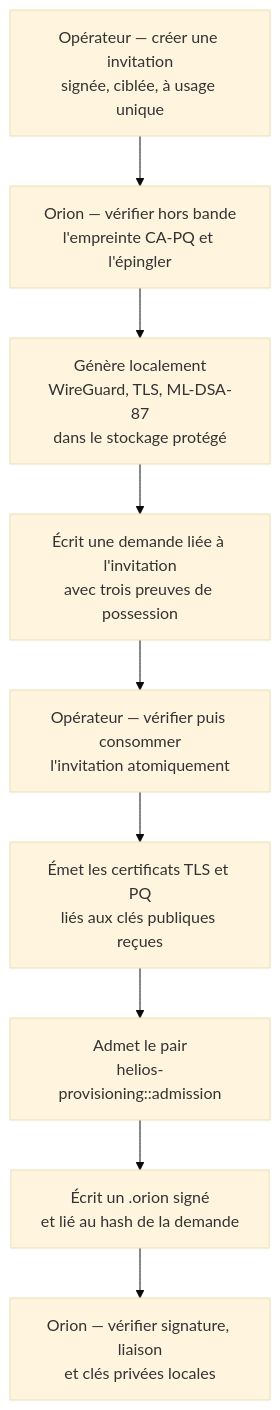
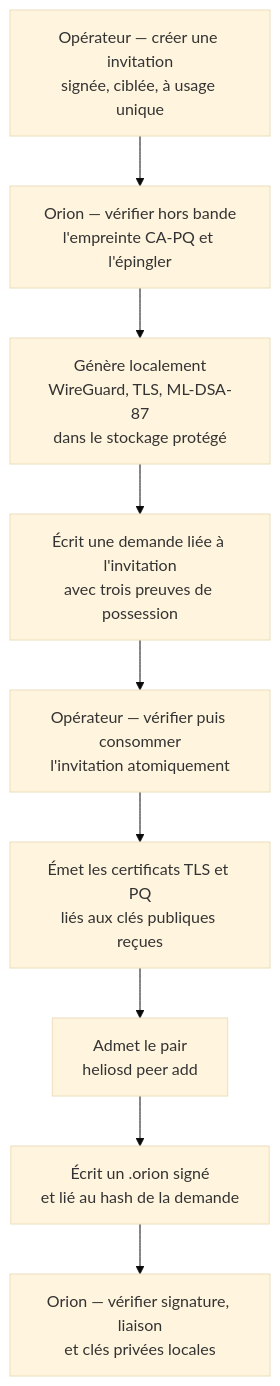
One commit to atxme/helios changed the second of 2 diagrams in docs/specification/NEGOCIATION-DE-CLE-V5.md. Above: the diagram before and after it, drawn with Mermaid (base theme). The commit also changed other lines of this file and 7 other files, not shown here.

````diff
--- a/docs/specification/NEGOCIATION-DE-CLE-V5.md
+++ b/docs/specification/NEGOCIATION-DE-CLE-V5.md
@@ -2341,14 +2376,14 @@
 ```mermaid
 flowchart TD
     A["Opérateur — créer une invitation<br/>signée, ciblée, à usage unique"]
     B["Orion — vérifier hors bande<br/>l'empreinte CA-PQ et l'épingler"]
     C["Génère localement<br/>WireGuard, TLS, ML-DSA-87<br/>dans le stockage protégé"]
     D["Écrit une demande liée à l'invitation<br/>avec trois preuves de possession"]
     E["Opérateur — vérifier puis consommer<br/>l'invitation atomiquement"]
     F["Émet les certificats TLS et PQ<br/>liés aux clés publiques reçues"]
-    G["Admet le pair<br/>helios-provisioning::admission"]
+    G["Admet le pair<br/>heliosd peer add"]
     H["Écrit un .orion signé<br/>et lié au hash de la demande"]
     I["Orion — vérifier signature, liaison<br/>et clés privées locales"]
 
     A --> B --> C --> D --> E --> F --> G --> H --> I
 ```
````
